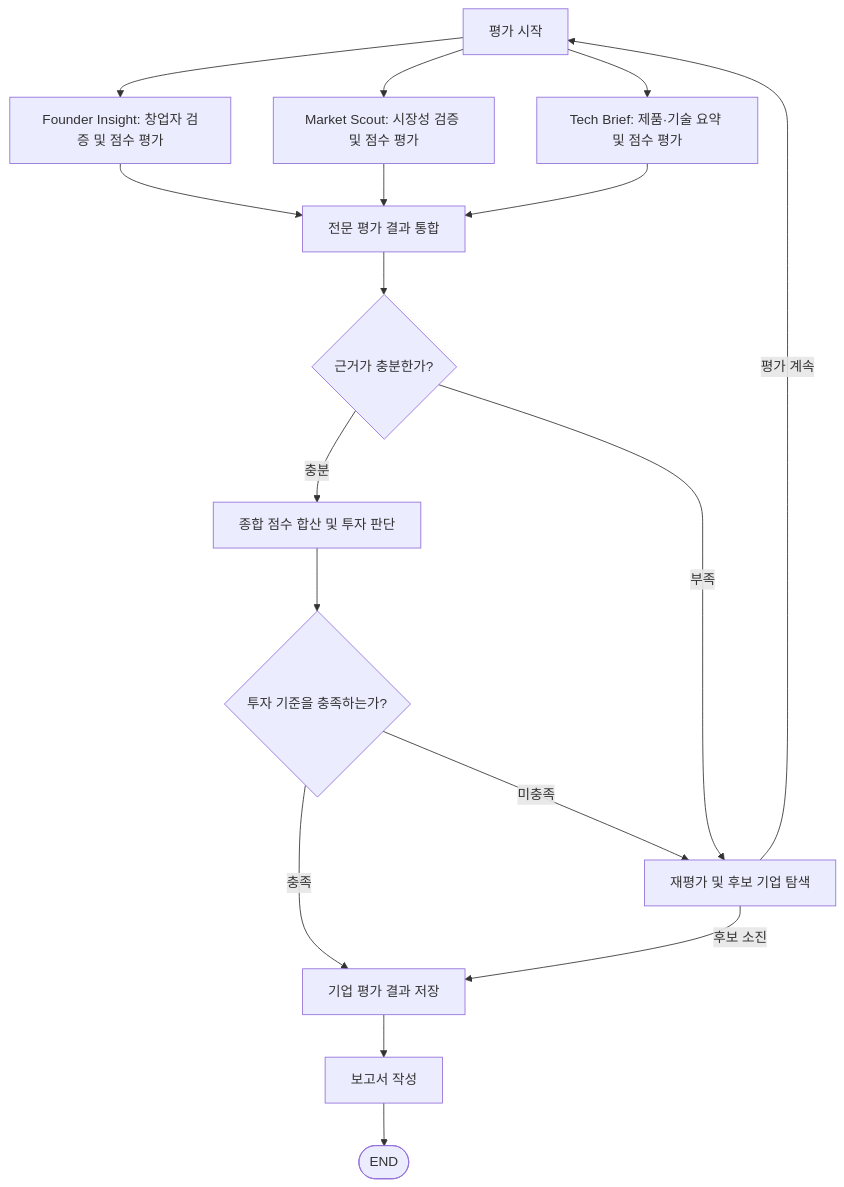
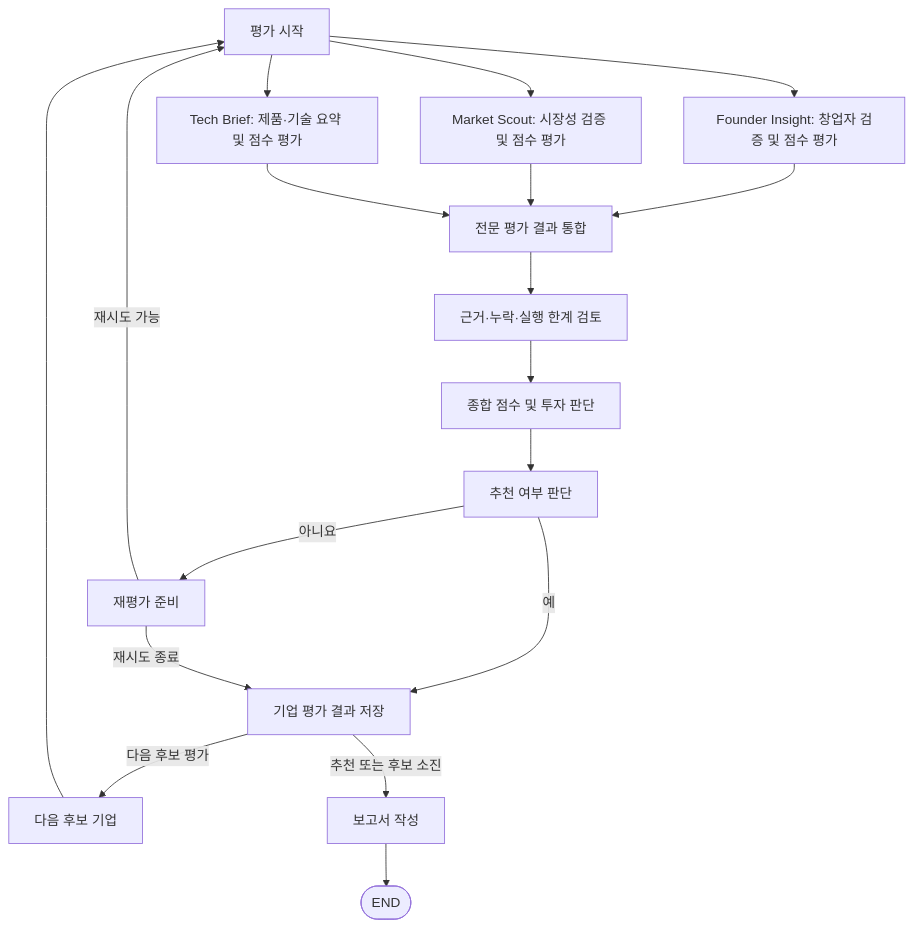
The diagram in README.md (yu4923/skala-rag), drawn with Mermaid before and after one commit. The commit also changed other lines of this file and 35 other files, not shown here.

````diff
--- a/README.md
+++ b/README.md
@@ -52,32 +52,32 @@
 ```mermaid
 flowchart TD
     startNode["평가 시작"]
     founder["Founder Insight: 창업자 검증 및 점수 평가"]
     market["Market Scout: 시장성 검증 및 점수 평가"]
     tech["Tech Brief: 제품·기술 요약 및 점수 평가"]
     integrate["전문 평가 결과 통합"]
-    evidenceGate{"근거가 충분한가?"}
-    judge["종합 점수 합산 및 투자 판단"]
-    criteriaGate{"투자 기준을 충족하는가?"}
-    retryNode["재평가 및 후보 기업 탐색"]
+    evidenceReview["근거·누락·실행 한계 검토"]
+    judge["종합 점수 및 투자 판단"]
+    recommendation["추천 여부 판단"]
+    retryNode["재평가 준비"]
     saveResult["기업 평가 결과 저장"]
+    nextCompany["다음 후보 기업"]
     reportNode["보고서 작성"]
     endNode(["END"])
 
     startNode --> founder
     startNode --> market
     startNode --> tech
     founder --> integrate
     market --> integrate
     tech --> integrate
-    integrate --> evidenceGate
-    evidenceGate -->|충분| judge
-    evidenceGate -->|부족| retryNode
-    judge --> criteriaGate
-    criteriaGate -->|충족| saveResult
-    criteriaGate -->|미충족| retryNode
-    retryNode -->|평가 계속| startNode
-    retryNode -->|후보 소진| saveResult
-    saveResult --> reportNode
+    integrate --> evidenceReview --> judge --> recommendation
+    recommendation -->|예| saveResult
+    recommendation -->|아니요| retryNode
+    retryNode -->|재시도 가능| startNode
+    retryNode -->|재시도 종료| saveResult
+    saveResult -->|다음 후보 평가| nextCompany
+    nextCompany --> startNode
+    saveResult -->|추천 또는 후보 소진| reportNode
     reportNode --> endNode
 ```
````
